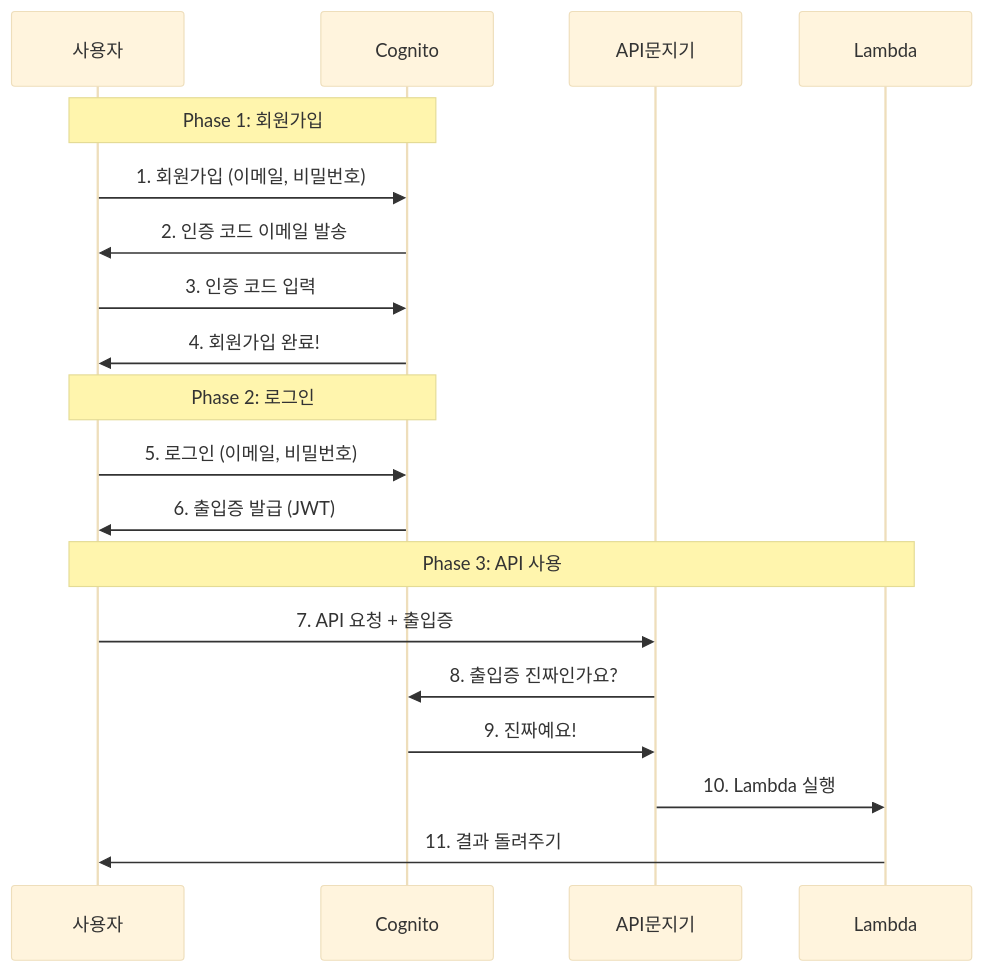
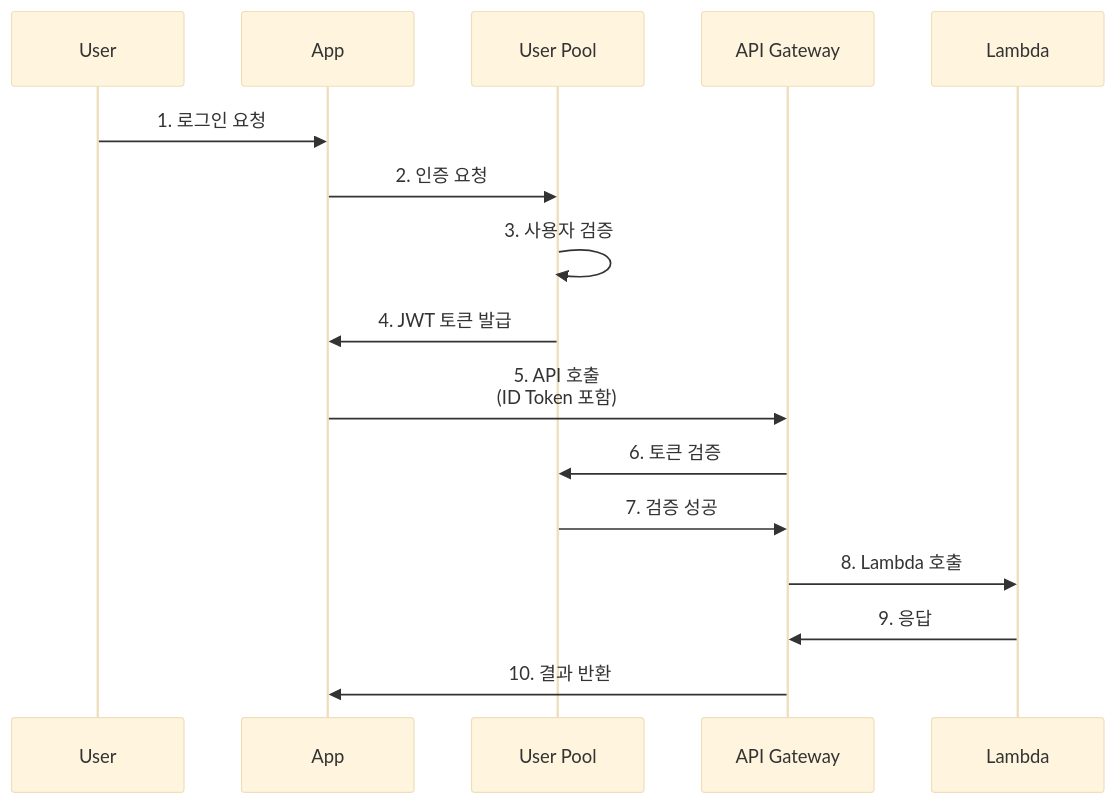
One commit to niceguy61/kdt_devops_lecture_2025 changed the second of 2 diagrams in theory/november/week_02/day2/session_2.md. Above: the diagram before and after it, drawn with Mermaid (base theme). The commit also changed other lines of this file and 4 other files, not shown here.

````diff
--- a/theory/november/week_02/day2/session_2.md
+++ b/theory/november/week_02/day2/session_2.md
@@ -282,24 +98,20 @@
 ```mermaid
 sequenceDiagram
-    participant 사용자
-    participant Cognito
-    participant API문지기
-    participant Lambda
+    participant U as User
+    participant APP as App
+    participant UP as User Pool
+    participant API as API Gateway
+    participant L as Lambda
     
-    Note over 사용자,Cognito: Phase 1: 회원가입
-    사용자->>Cognito: 1. 회원가입 (이메일, 비밀번호)
-    Cognito->>사용자: 2. 인증 코드 이메일 발송
-    사용자->>Cognito: 3. 인증 코드 입력
-    Cognito->>사용자: 4. 회원가입 완료!
+    U->>APP: 1. 로그인 요청
+    APP->>UP: 2. 인증 요청
+    UP->>UP: 3. 사용자 검증
+    UP->>APP: 4. JWT 토큰 발급
     
-    Note over 사용자,Cognito: Phase 2: 로그인
-    사용자->>Cognito: 5. 로그인 (이메일, 비밀번호)
-    Cognito->>사용자: 6. 출입증 발급 (JWT)
-    
-    Note over 사용자,Lambda: Phase 3: API 사용
-    사용자->>API문지기: 7. API 요청 + 출입증
-    API문지기->>Cognito: 8. 출입증 진짜인가요?
-    Cognito->>API문지기: 9. 진짜예요!
-    API문지기->>Lambda: 10. Lambda 실행
-    Lambda->>사용자: 11. 결과 돌려주기
+    APP->>API: 5. API 호출<br/>(ID Token 포함)
+    API->>UP: 6. 토큰 검증
+    UP->>API: 7. 검증 성공
+    API->>L: 8. Lambda 호출
+    L->>API: 9. 응답
+    API->>APP: 10. 결과 반환
 ```
````
